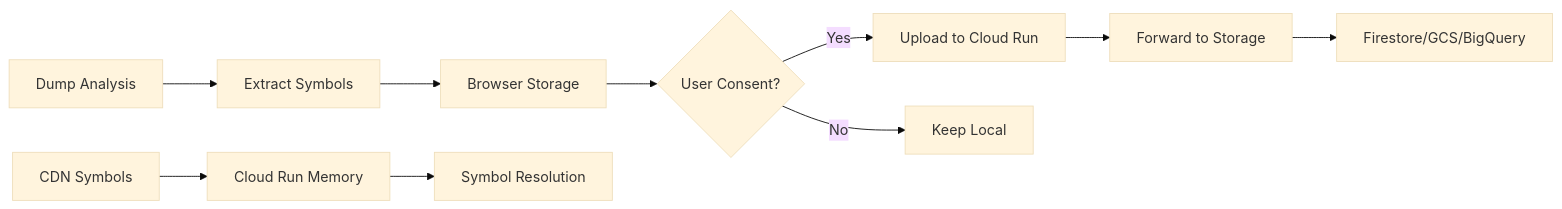
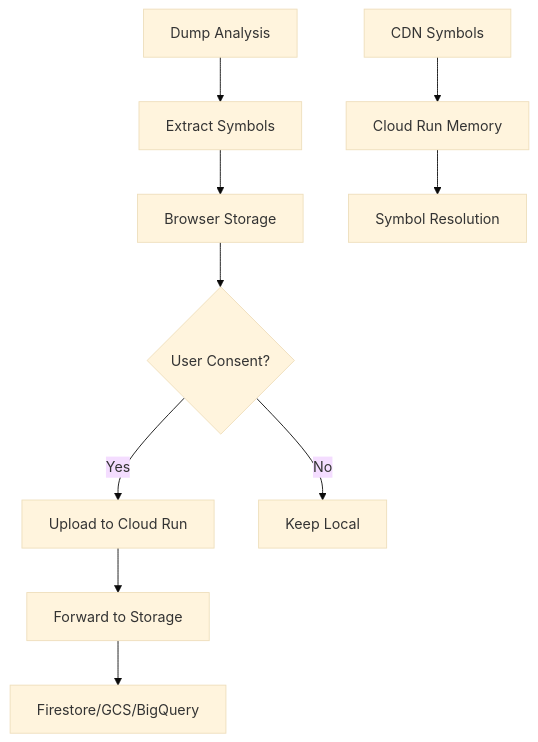
Before and after one commit to faratech/bsod-analyzer: the diagram in docs/CLOUD_SYMBOL_ARCHITECTURE.md, drawn with Mermaid (base theme). The commit also changed 1 other file, not shown here.

Commit message:
docs: fix Mermaid diagrams for GitHub rendering
- Add new DUMP_PROCESSING_PIPELINE.md with GitHub-compatible Mermaid
- Fix CLOUD_SYMBOL_ARCHITECTURE.md diagram syntax
- Convert sequenceDiagram and stateDiagram-v2 to remove special characters
- Update windbg-server submodule with matching diagram fixes

````diff
--- a/docs/CLOUD_SYMBOL_ARCHITECTURE.md
+++ b/docs/CLOUD_SYMBOL_ARCHITECTURE.md
@@ -142,13 +142,12 @@
 ```mermaid
-graph LR
+graph TD
     A[Dump Analysis] --> B[Extract Symbols]
     B --> C[Browser Storage]
     C --> D{User Consent?}
     D -->|Yes| E[Upload to Cloud Run]
     D -->|No| F[Keep Local]
     E --> G[Forward to Storage]
     G --> H[Firestore/GCS/BigQuery]
-    
     I[CDN Symbols] --> J[Cloud Run Memory]
     J --> K[Symbol Resolution]
 ```
````
